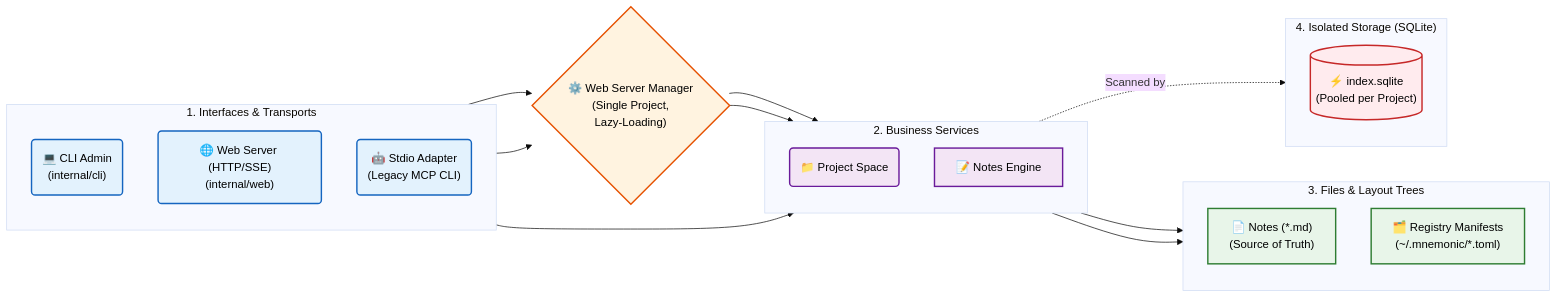
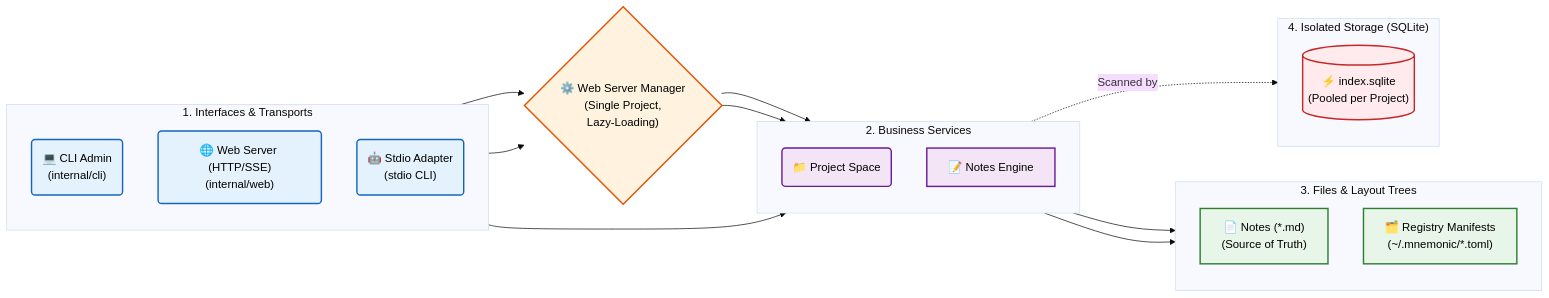
Before and after one commit to ilyachch/mnemonic: the first of 2 diagrams in README.md, drawn with Mermaid (base theme). The commit also changed other lines of this file and 29 other files, not shown here.

Commit message:
refactor: route stdio adapter through runtime services

````diff
--- a/README.md
+++ b/README.md
@@ -192,52 +191,52 @@
 ```mermaid
 flowchart LR
     %% Styling
     classDef interface fill:#e3f2fd,stroke:#1565c0,stroke-width:2px,color:#000
     classDef core fill:#fff3e0,stroke:#e65100,stroke-width:2px,color:#000
     classDef logic fill:#f3e5f5,stroke:#6a1b9a,stroke-width:2px,color:#000
     classDef storage fill:#e8f5e9,stroke:#2e7d32,stroke-width:2px,color:#000
     classDef db fill:#ffebee,stroke:#c62828,stroke-width:2px,color:#000
 
     %% 1. External Interfaces
     subgraph Interfaces ["1. Interfaces & Transports"]
         direction TB
         CLI("💻 CLI Admin\n(internal/cli)"):::interface
         WEB("🌐 Web Server (HTTP/SSE)\n(internal/web)"):::interface
-        STDIO("🤖 Stdio Adapter\n(Legacy MCP CLI)"):::interface
+STDIO("🤖 Stdio Adapter\n(stdio CLI)"):::interface
     end
 
     %% 2. Core & Server Management
     App{"⚙️ Web Server Manager\n(Single Project,\nLazy-Loading)"}:::core
 
     %% 3. Business Logic
     subgraph Services ["2. Business Services"]
         direction TB
         Proj("📁 Project Space"):::logic
         Note["📝 Notes Engine"]:::logic
     end
 
     %% 4. File System
     subgraph Storage ["3. Files & Layout Trees"]
         direction TB
         MD["📄 Notes (*.md)\n(Source of Truth)"]:::storage
         Reg["🗂️ Registry Manifests\n(~/.mnemonic/*.toml)"]:::storage
     end
 
     %% 5. Databases
     subgraph DBs ["4. Isolated Storage (SQLite)"]
         direction TB
         FTS[("⚡ index.sqlite\n(Pooled per Project)")]:::db
     end
 
     %% Flow connections
     CLI --> App
     WEB --> App
     STDIO --> Proj
 
     App --> Proj
     App --> Note
 
     Proj --> Reg
     Note --> MD
     Note -. Scanned by .-> FTS
 ```
````
